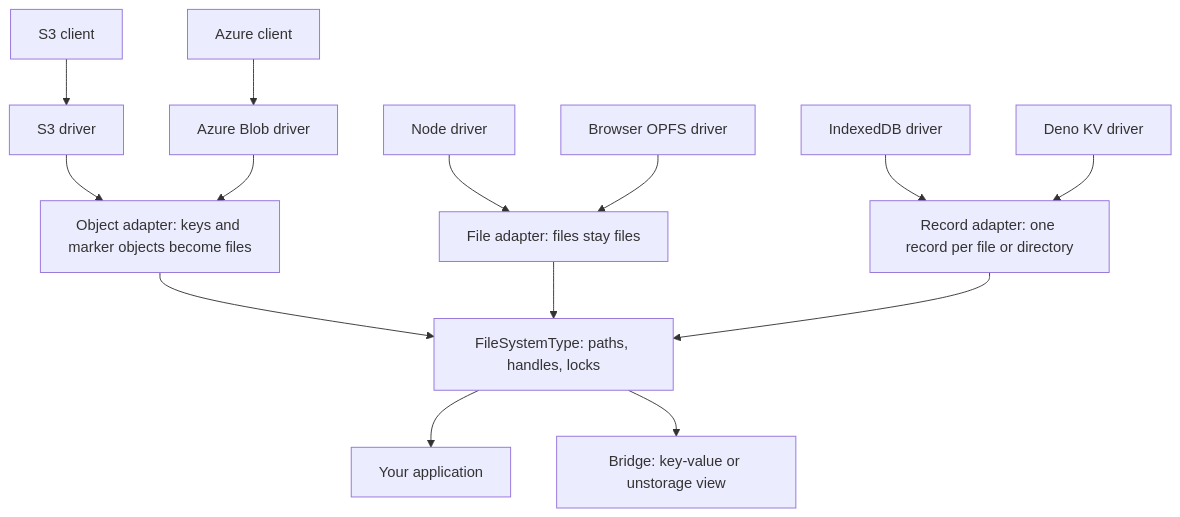
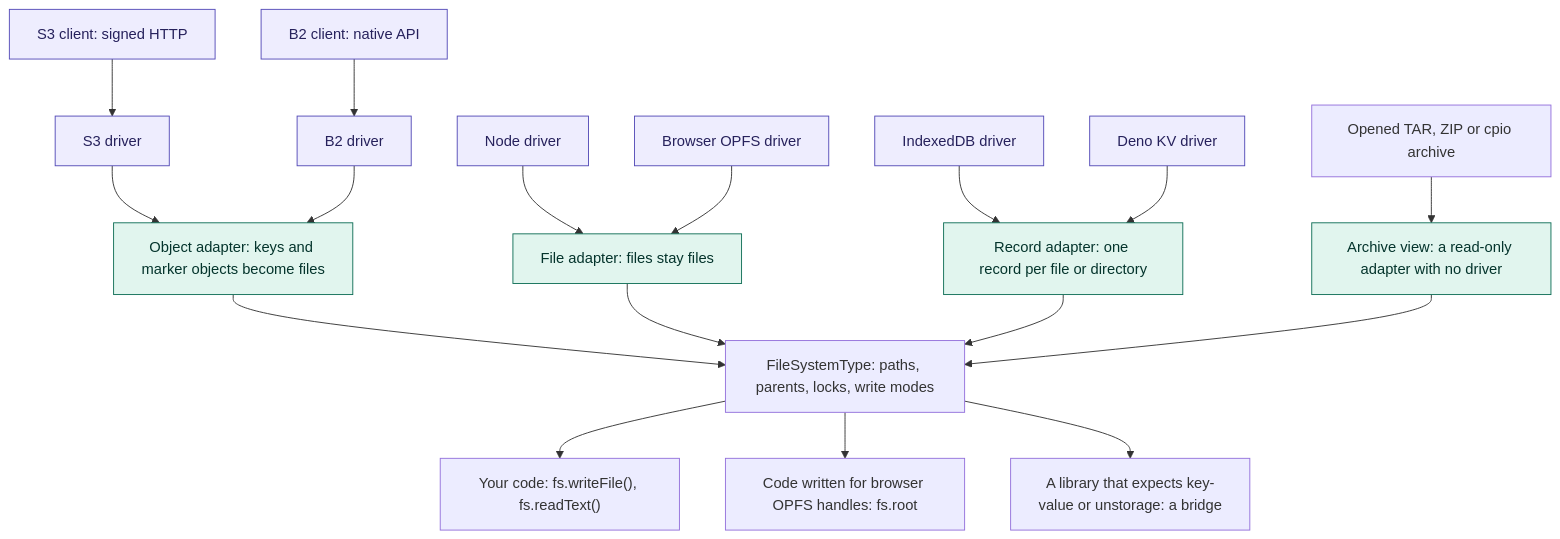
The first of 4 diagrams in docs/model.md (okikio/opfs), drawn with Mermaid before and after one commit. The commit also changed other lines of this file and 1 other file, not shown here.

First line of the commit message:
docs: explain why adapters exist, backend extras and bridges

````diff
--- a/docs/model.md
+++ b/docs/model.md
@@ -45,20 +46,22 @@
 ```mermaid
 flowchart TD
-  S3C["S3 client"] --> S3D["S3 driver"]
-  AzC["Azure client"] --> AzD["Azure Blob driver"]
+  S3C["S3 client: signed HTTP"] --> S3D["S3 driver"]
+  B2C["B2 client: native API"] --> B2D["B2 driver"]
   NodeD["Node driver"]
   OpfsD["Browser OPFS driver"]
   IdbD["IndexedDB driver"]
   KvD["Deno KV driver"]
-  S3D --> ObjA["Object adapter: keys and marker objects become files"]
-  AzD --> ObjA
-  NodeD --> FileA["File adapter: files stay files"]
-  OpfsD --> FileA
-  IdbD --> RecA["Record adapter: one record per file or directory"]
-  KvD --> RecA
-  ObjA --> FS["FileSystemType: paths, handles, locks"]
-  FileA --> FS
-  RecA --> FS
-  FS --> App["Your application"]
-  FS --> Bridge["Bridge: key-value or unstorage view"]
+  Archive["Opened TAR, ZIP or cpio archive"]
+  S3D & B2D --> ObjA["Object adapter: keys and marker objects become files"]
+  NodeD & OpfsD --> FileA["File adapter: files stay files"]
+  IdbD & KvD --> RecA["Record adapter: one record per file or directory"]
+  Archive --> View["Archive view: a read-only adapter with no driver"]
+  ObjA & FileA & RecA & View --> FS["FileSystemType: paths, parents, locks, write modes"]
+  FS --> App["Your code: fs.writeFile(), fs.readText()"]
+  FS --> Handles["Code written for browser OPFS handles: fs.root"]
+  FS --> Bridge["A library that expects key-value or unstorage: a bridge"]
+  classDef backend fill:#EEEDFE,stroke:#534AB7,color:#26215C
+  classDef shape fill:#E1F5EE,stroke:#0F6E56,color:#04342C
+  class S3C,B2C,S3D,B2D,NodeD,OpfsD,IdbD,KvD backend
+  class ObjA,FileA,RecA,View shape
 ```
````
